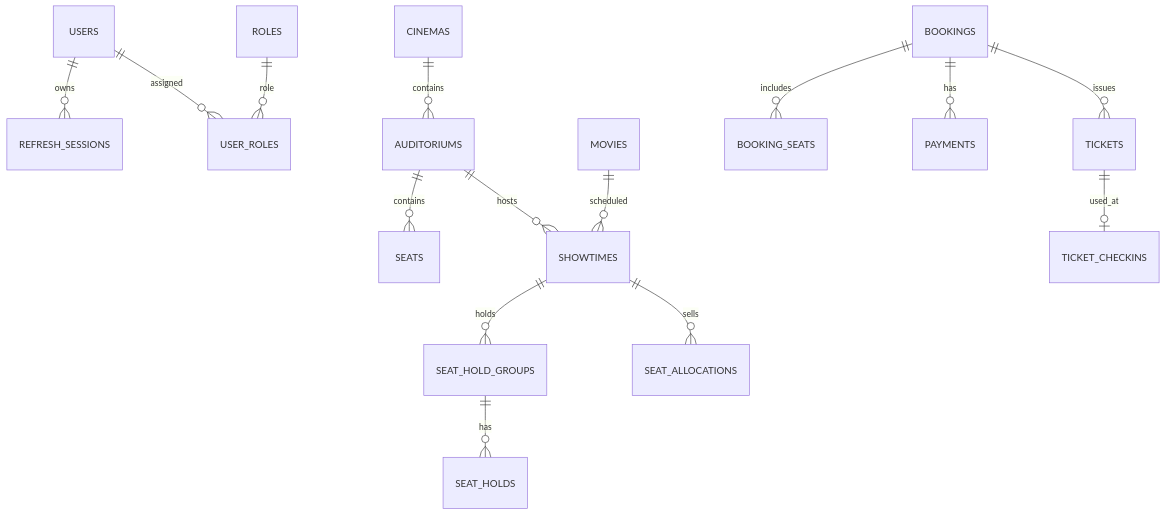
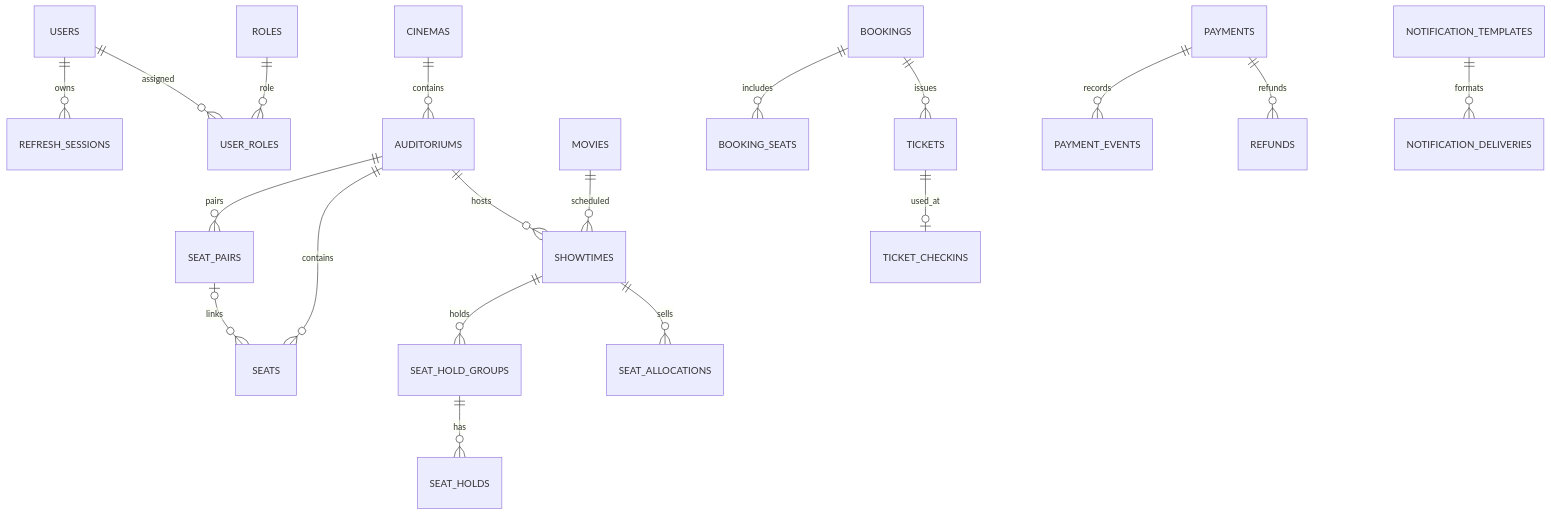
One commit to ddhoang2440/CinemaTicketBooking changed the diagram in docs/diagrams/erd.mmd. Above: the diagram before and after it, drawn with Mermaid. The commit also changed 186 other files, not shown here.

```diff
--- a/docs/diagrams/erd.mmd
+++ b/docs/diagrams/erd.mmd
@@ -1,18 +1,21 @@
 erDiagram
   USERS ||--o{ REFRESH_SESSIONS : owns
   USERS ||--o{ USER_ROLES : assigned
   ROLES ||--o{ USER_ROLES : role
   CINEMAS ||--o{ AUDITORIUMS : contains
+  AUDITORIUMS ||--o{ SEAT_PAIRS : pairs
+  SEAT_PAIRS o|--o{ SEATS : links
   AUDITORIUMS ||--o{ SEATS : contains
   MOVIES ||--o{ SHOWTIMES : scheduled
   AUDITORIUMS ||--o{ SHOWTIMES : hosts
   SHOWTIMES ||--o{ SEAT_HOLD_GROUPS : holds
   SEAT_HOLD_GROUPS ||--o{ SEAT_HOLDS : has
   SHOWTIMES ||--o{ SEAT_ALLOCATIONS : sells
   BOOKINGS ||--o{ BOOKING_SEATS : includes
-  BOOKINGS ||--o{ PAYMENTS : has
   BOOKINGS ||--o{ TICKETS : issues
   TICKETS ||--o| TICKET_CHECKINS : used_at
+  PAYMENTS ||--o{ PAYMENT_EVENTS : records
+  PAYMENTS ||--o{ REFUNDS : refunds
+  NOTIFICATION_TEMPLATES ||--o{ NOTIFICATION_DELIVERIES : formats
 
-
-%% ACCEPTED D-15: catalog.seats has couple_pair_id nullable; pair contains exactly two physical seat IDs.
+%% ACCEPTED — REVISED D-04 & D-15: 3 PostgreSQL schemas (core, payment, notification); core.seats has couple_pair_id nullable (2 physical seat IDs per pair).
```
